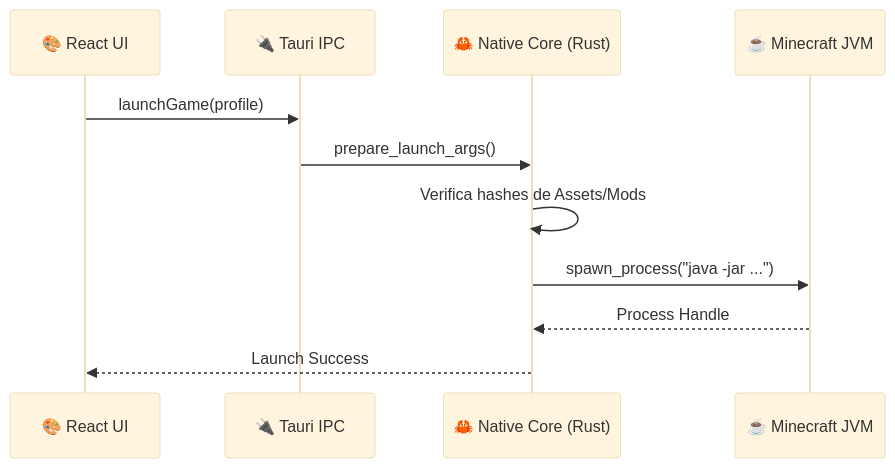
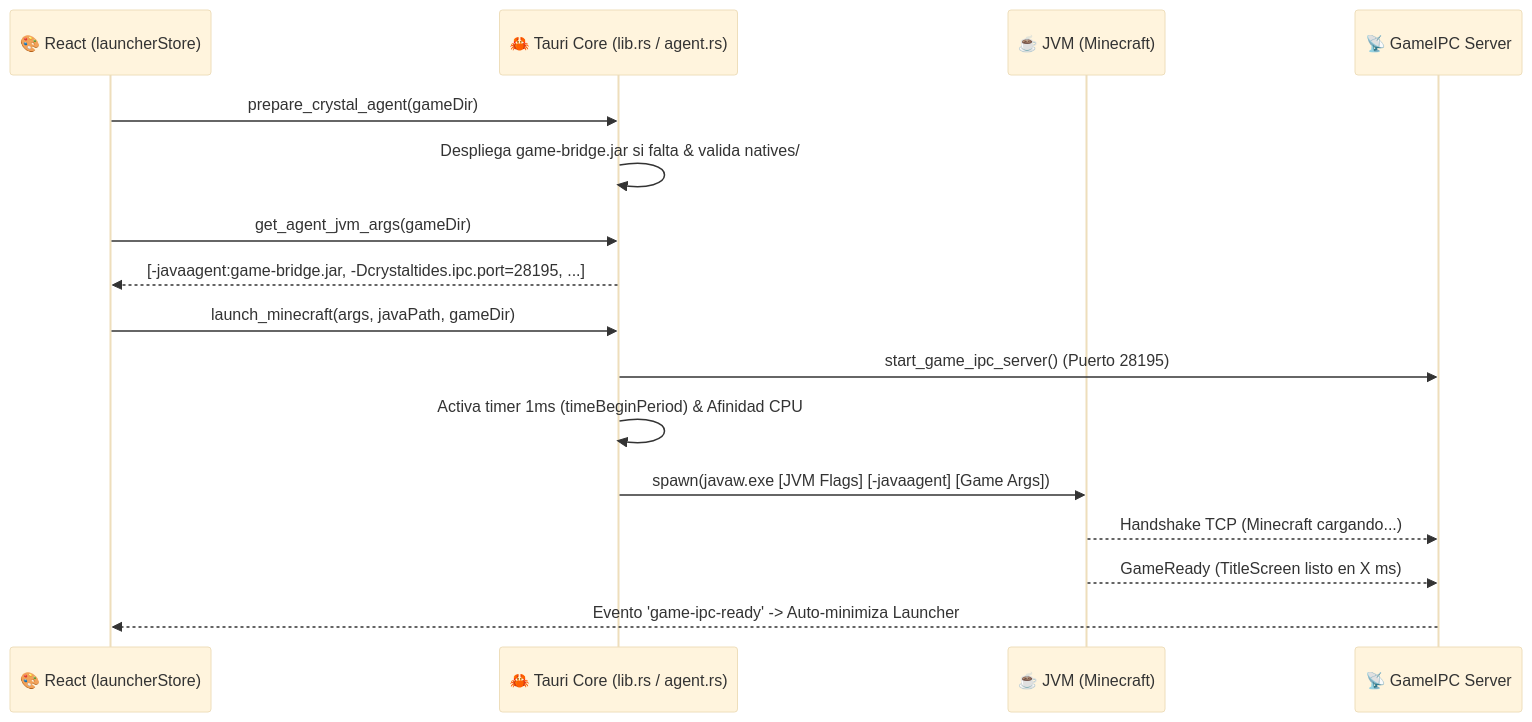
Before and after one commit to UltraXn/CrystalTidesSMP-Project: the second of 2 diagrams in docs/architecture/RUST_JAVA_BRIDGE.md, drawn with Mermaid (base theme). The commit also changed other lines of this file and 11 other files, not shown here.

First line of the commit message:
docs(architecture): add game bridge specs, research, and quality plans

````diff
--- a/docs/architecture/RUST_JAVA_BRIDGE.md
+++ b/docs/architecture/RUST_JAVA_BRIDGE.md
@@ -32,14 +45,19 @@
 ```mermaid
 sequenceDiagram
-    participant UI as 🎨 React UI
-    participant FFI as 🔌 Tauri IPC
-    participant Rust as 🦀 Native Core (Rust)
-    participant Java as ☕ Minecraft JVM
+    participant UI as 🎨 React (launcherStore)
+    participant Rust as 🦀 Tauri Core (lib.rs / agent.rs)
+    participant Java as ☕ JVM (Minecraft)
+    participant IPC as 📡 GameIPC Server
 
-    UI->>FFI: launchGame(profile)
-    FFI->>Rust: prepare_launch_args()
-    Rust->>Rust: Verifica hashes de Assets/Mods
-    Rust->>Java: spawn_process("java -jar ...")
-    Java-->>Rust: Process Handle
-    Rust-->>UI: Launch Success
+    UI->>Rust: prepare_crystal_agent(gameDir)
+    Rust->>Rust: Despliega game-bridge.jar si falta & valida natives/
+    UI->>Rust: get_agent_jvm_args(gameDir)
+    Rust-->>UI: [-javaagent:game-bridge.jar, -Dcrystaltides.ipc.port=28195, ...]
+    UI->>Rust: launch_minecraft(args, javaPath, gameDir)
+    Rust->>IPC: start_game_ipc_server() (Puerto 28195)
+    Rust->>Rust: Activa timer 1ms (timeBeginPeriod) & Afinidad CPU
+    Rust->>Java: spawn(javaw.exe [JVM Flags] [-javaagent] [Game Args])
+    Java-->>IPC: Handshake TCP (Minecraft cargando...)
+    Java-->>IPC: GameReady (TitleScreen listo en X ms)
+    IPC-->>UI: Evento 'game-ipc-ready' -> Auto-minimiza Launcher
 ```
````
